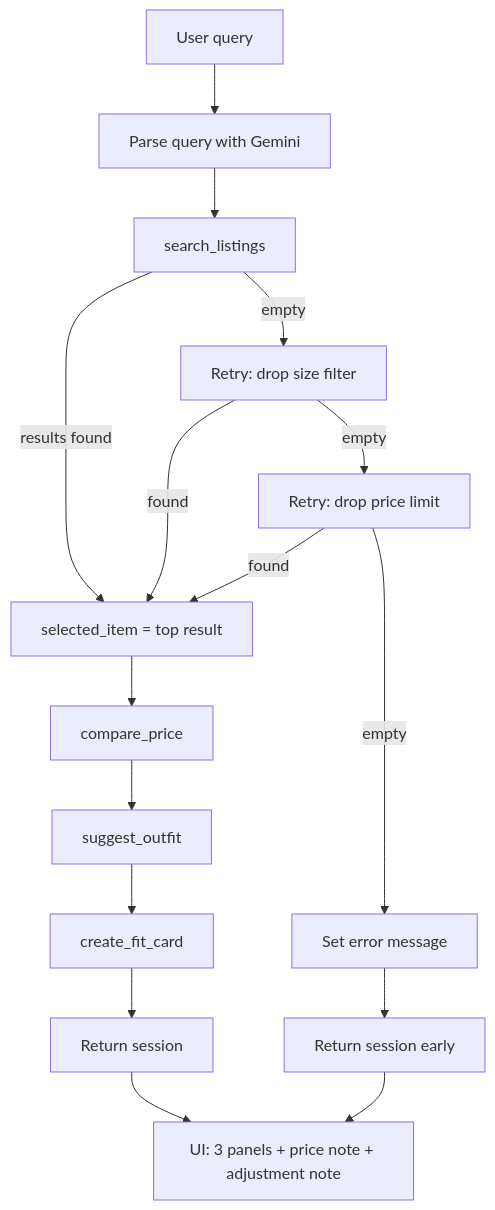
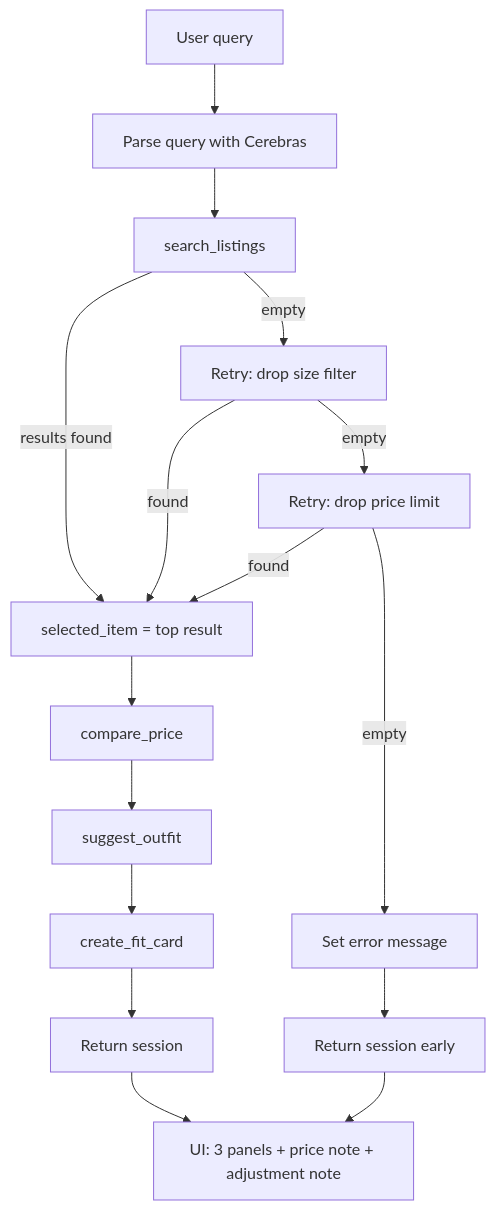
Before and after one commit to sh4wnbk/ai201-project2-fitfindr-starter: the diagram in README.md, drawn with Mermaid. The commit also changed other lines of this file and 1 other file, not shown here.

Commit message:
docs: update provider references to Cerebras, extend spec reflection

````diff
--- a/README.md
+++ b/README.md
@@ -147,18 +147,18 @@
 ```mermaid
 flowchart TD
-    Q[User query] --> P[Parse query with Gemini]
+    Q[User query] --> P[Parse query with Cerebras]
     P --> S[search_listings]
     S -->|results found| SEL[selected_item = top result]
     S -->|empty| R1[Retry: drop size filter]
     R1 -->|found| SEL
     R1 -->|empty| R2[Retry: drop price limit]
     R2 -->|found| SEL
     R2 -->|empty| ERR[Set error message]
     ERR --> RET[Return session early]
     SEL --> CP[compare_price]
     CP --> SO[suggest_outfit]
     SO --> CF[create_fit_card]
     CF --> OUT[Return session]
     OUT --> UI[UI: 3 panels + price note + adjustment note]
     RET --> UI
 ```
````
